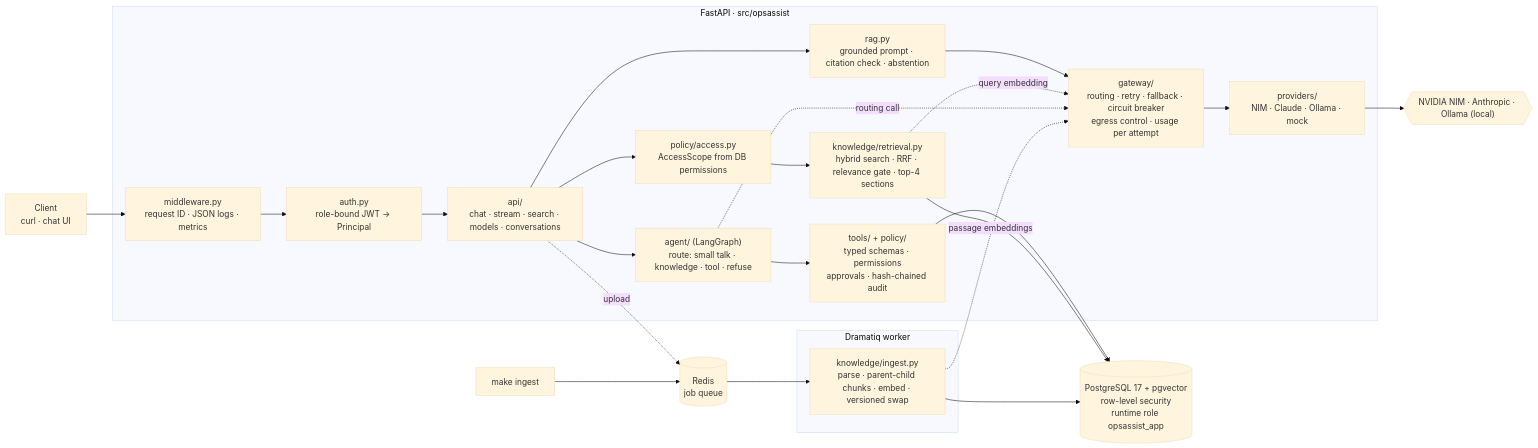
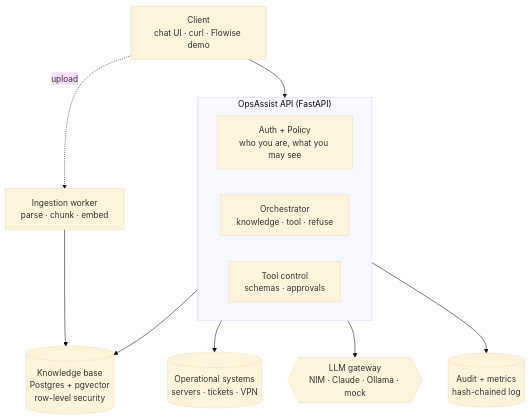
Before and after one commit to minhthy1016/novax_ai_assignment: the first of 2 diagrams in README.md, drawn with Mermaid (base theme). The commit also changed other lines of this file and 33 other files, not shown here.

First line of the commit message:
docs: split decision records out of the architecture overview

````diff
--- a/README.md
+++ b/README.md
@@ -42,37 +45,23 @@
 ```mermaid
-flowchart LR
-  client["Client<br/>curl · chat UI"]
+flowchart TB
+  client["Client<br/>chat UI · curl · Flowise demo"]
+  subgraph api["OpsAssist API (FastAPI)"]
+    direction LR
+    authz["Auth + Policy<br/>who you are, what you may see"]
+    agent["Orchestrator<br/>knowledge · tool · refuse"]
+    tools["Tool control<br/>schemas · approvals"]
+  end
+  kb[("Knowledge base<br/>Postgres + pgvector<br/>row-level security")]
+  ops[("Operational systems<br/>servers · tickets · VPN")]
+  llm{{"LLM gateway<br/>NIM · Claude · Ollama · mock"}}
+  audit[("Audit + metrics<br/>hash-chained log")]
+  worker["Ingestion worker<br/>parse · chunk · embed"]
 
-  subgraph api["FastAPI · src/opsassist"]
-    mw["middleware.py<br/>request ID · JSON logs · metrics"]
-    auth["auth.py<br/>role-bound JWT → Principal"]
-    routes["api/<br/>chat · stream · search · models · conversations"]
-    policy["policy/access.py<br/>AccessScope from DB permissions"]
-    retrieval["knowledge/retrieval.py<br/>hybrid search · RRF · relevance gate · top-4 sections"]
-    rag["rag.py<br/>grounded prompt · citation check · abstention"]
-    gateway["gateway/<br/>routing · retry · fallback · circuit breaker<br/>egress control · usage per attempt"]
-    providers["providers/<br/>NIM · Claude · Ollama · mock"]
-    agent["agent/ (LangGraph)<br/>route: small talk · knowledge · tool · refuse"]
-    tools["tools/ + policy/<br/>typed schemas · permissions<br/>approvals · hash-chained audit"]
-  end
-
-  subgraph worker["Dramatiq worker"]
-    ingest["knowledge/ingest.py<br/>parse · parent-child chunks · embed · versioned swap"]
-  end
-
-  cli["make ingest"]
-  pg[("PostgreSQL 17 + pgvector<br/>row-level security<br/>runtime role opsassist_app")]
-  redis[("Redis<br/>job queue")]
-  models{{"NVIDIA NIM · Anthropic · Ollama (local)"}}
-
-  client --> mw --> auth --> routes
-  routes --> agent
-  agent --> tools --> pg
-  routes --> policy --> retrieval --> pg
-  routes --> rag --> gateway --> providers --> models
-  retrieval -. "query embedding" .-> gateway
-  agent -. "routing call" .-> gateway
-  cli --> redis --> ingest --> pg
-  routes -. "upload" .-> redis
-  ingest -. "passage embeddings" .-> gateway
+  client --> api
+  agent --> kb
+  tools --> ops
+  agent --> llm
+  api --> audit
+  worker --> kb
+  client -. "upload" .-> worker
 ```
````
